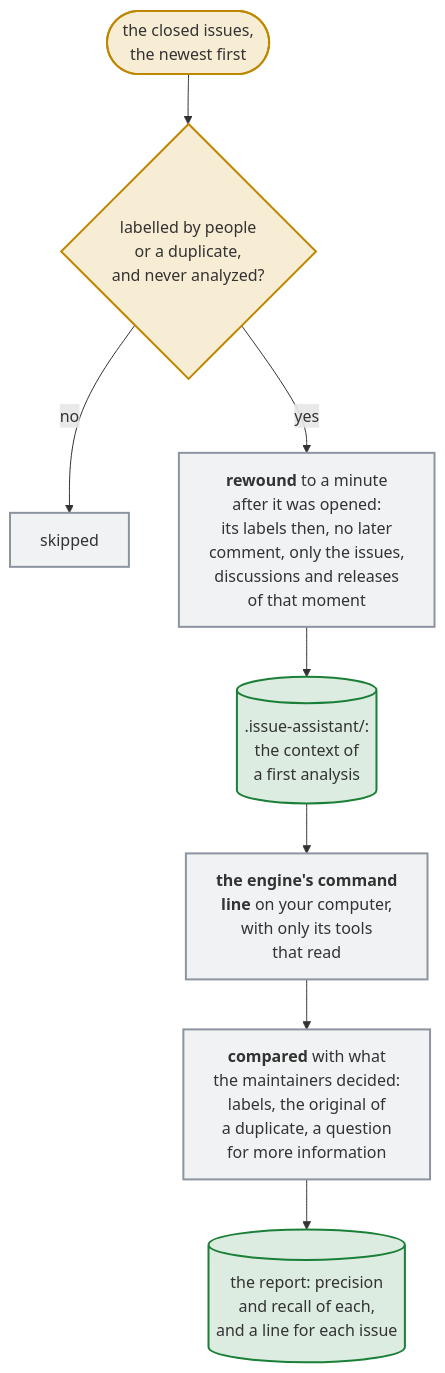
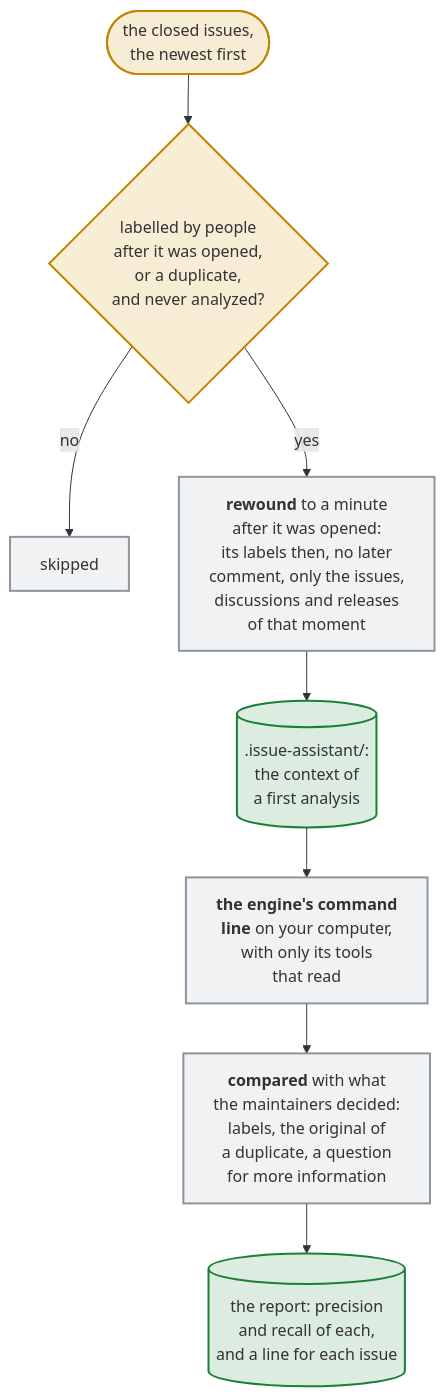
Before and after one commit to Dennis-Otto/issue-assistant: the diagram in docs/diagrams/how-evaluate-replays-a-closed-issue.mmd, drawn with Mermaid. The commit also changed 8 other files, not shown here.

First line of the commit message:
fix(evaluate): score only maintainers' decisions, as apply would act

```diff
--- a/docs/diagrams/how-evaluate-replays-a-closed-issue.mmd
+++ b/docs/diagrams/how-evaluate-replays-a-closed-issue.mmd
@@ -1,18 +1,18 @@
 flowchart TB
   accTitle: How evaluate replays a closed issue
-  accDescr: evaluate reads the closed issues, the newest first, and takes those that people labelled or closed as a duplicate of an older issue, and that the assistant never analyzed, until it has as many as --issues asks for. It rewinds each to a minute after it was opened: the labels of that moment, no later comment, and only the issues, discussions and releases that existed then, an issue closed since as open. It writes the context of a first analysis, and the engine's command line on your computer answers, with only its tools that read. The answer's kind, areas, topics and priority are compared with the labels that people gave the issue, its duplicates with the original, and its questions with whether a maintainer asked. The report has the precision and recall of each, and a line for each issue.
-  closed(["the closed issues,<br>the newest first"]) --> choose{"labelled by people<br>or a duplicate,<br>and never analyzed?"}
+  accDescr: evaluate reads the closed issues, the newest first, and takes those that people labelled after they were opened or closed as a duplicate of an older issue, and that the assistant never analyzed, until it has as many as --issues asks for. It rewinds each to a minute after it was opened: the labels of that moment, no later comment, and only the issues, discussions and releases that existed then, an issue closed since as open. It writes the context of a first analysis, and the engine's command line on your computer answers, with only its tools that read. The answer's kind, areas, topics and priority are compared with the labels that people gave the issue after the moment, its duplicates with the original, and its questions with whether a maintainer asked. The report has the precision and recall of each, and a line for each issue.
+  closed(["the closed issues,<br>the newest first"]) --> choose{"labelled by people<br>after it was opened,<br>or a duplicate,<br>and never analyzed?"}
   choose -- "no" --> skip["skipped"]
   choose -- "yes" --> rewind["`**rewound** to a minute<br>after it was opened:<br>its labels then, no later<br>comment, only the issues,<br>discussions and releases<br>of that moment`"]
   rewind --> context[(".issue-assistant/:<br>the context of<br>a first analysis")]
   context --> engine["`**the engine's command<br>line** on your computer,<br>with only its tools<br>that read`"]
   engine --> compare["`**compared** with what<br>the maintainers decided:<br>labels, the original of<br>a duplicate, a question<br>for more information`"]
   compare --> report[("the report: precision<br>and recall of each,<br>and a line for each issue")]
   classDef trigger fill:#d4a72c33,stroke:#bf8700,stroke-width:2px
   classDef question fill:#d4a72c33,stroke:#bf8700,stroke-width:2px
   classDef job fill:#8c959f1f,stroke:#8c959f,stroke-width:2px
   classDef safe fill:#1a7f3726,stroke:#1a7f37,stroke-width:2px
   class closed trigger
   class choose question
   class rewind,engine,compare,skip job
   class context,report safe
```
